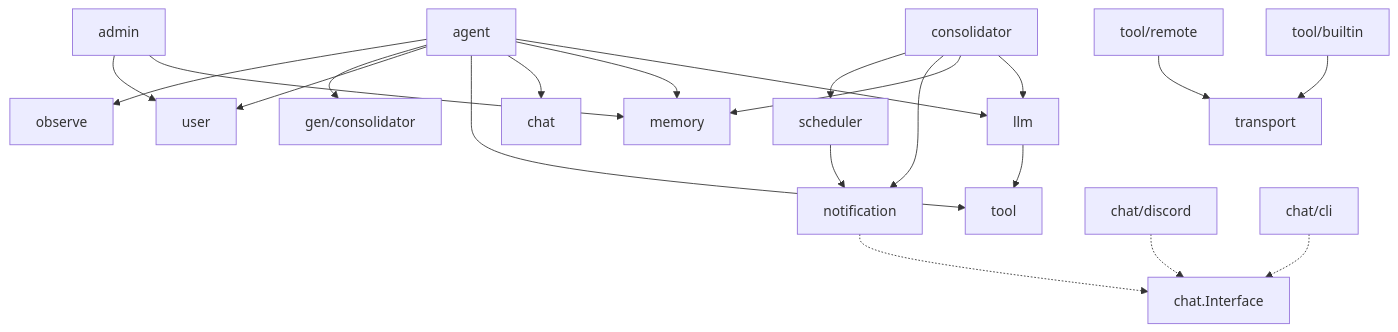
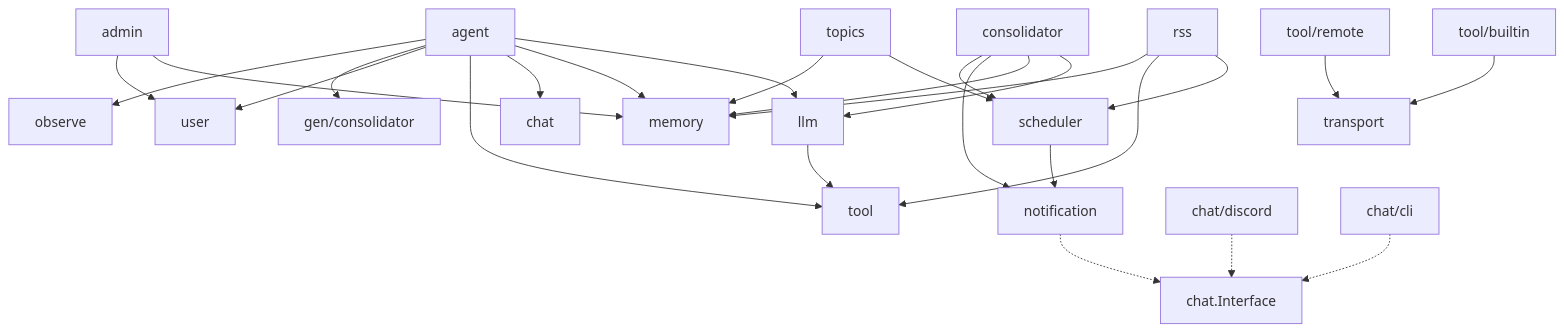
One commit to haryoiro/suzuha changed the second of 2 diagrams in .claude/rules/architecture.md. Above: the diagram before and after it, drawn with Mermaid. The commit also changed other lines of this file and 3 other files, not shown here.

First line of the commit message:
📝 ドキュメント更新: architecture, notification, data, scheduler

````diff
--- a/.claude/rules/architecture.md
+++ b/.claude/rules/architecture.md
@@ -51,11 +53,13 @@
 ```mermaid
 graph TD
   agent --> llm & memory & chat & tool & user & gen/consolidator & observe
   consolidator --> llm & memory & notification & scheduler
   admin --> memory & user
   scheduler --> notification
+  rss --> scheduler & tool & memory
+  topics --> scheduler & memory
   llm --> tool
   tool/builtin & tool/remote --> transport
   chat/discord & chat/cli -.-> chat.Interface
   notification -.-> chat.Interface
 ```
````
